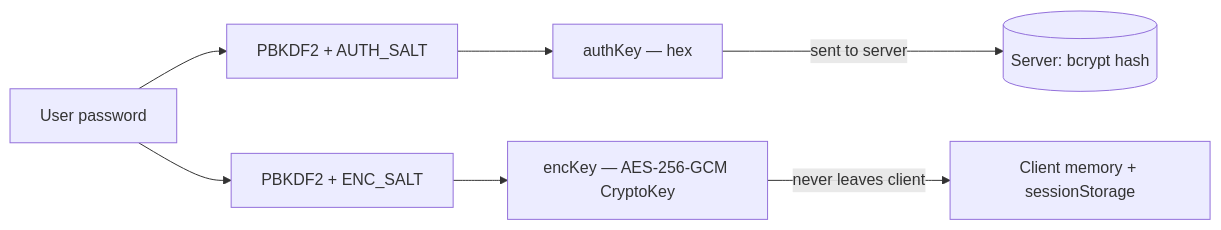
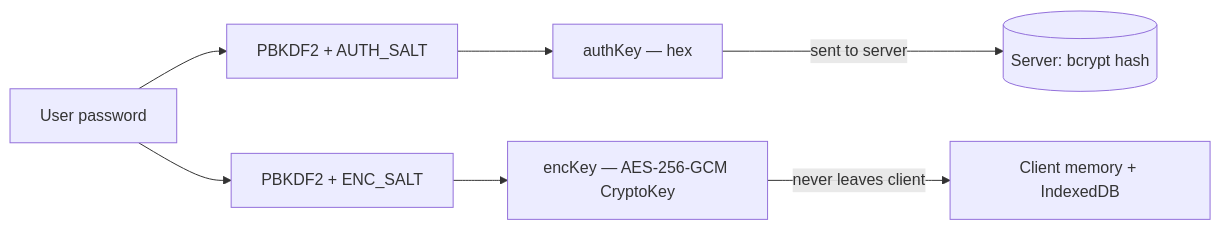
The first of 5 diagrams in README.md (Numori-Ecosystem/Numori-Notes), drawn with Mermaid before and after one commit. The commit also changed other lines of this file and 1 other file, not shown here.

````diff
--- a/README.md
+++ b/README.md
@@ -235,9 +235,9 @@
 ```mermaid
 flowchart LR
     PW[User password] --> PBKDF2a[PBKDF2 + AUTH_SALT]
     PW --> PBKDF2e[PBKDF2 + ENC_SALT]
     PBKDF2a --> AK[authKey — hex]
     PBKDF2e --> EK[encKey — AES-256-GCM CryptoKey]
     AK -->|sent to server| SRV[(Server: bcrypt hash)]
-    EK -->|never leaves client| LOCAL[Client memory + sessionStorage]
+    EK -->|never leaves client| LOCAL[Client memory + IndexedDB]
 ```
````
